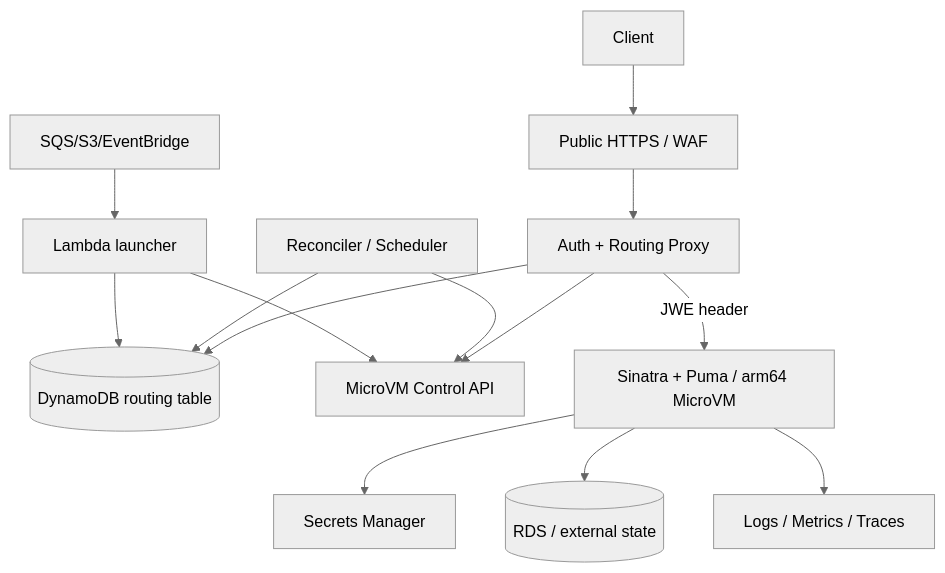
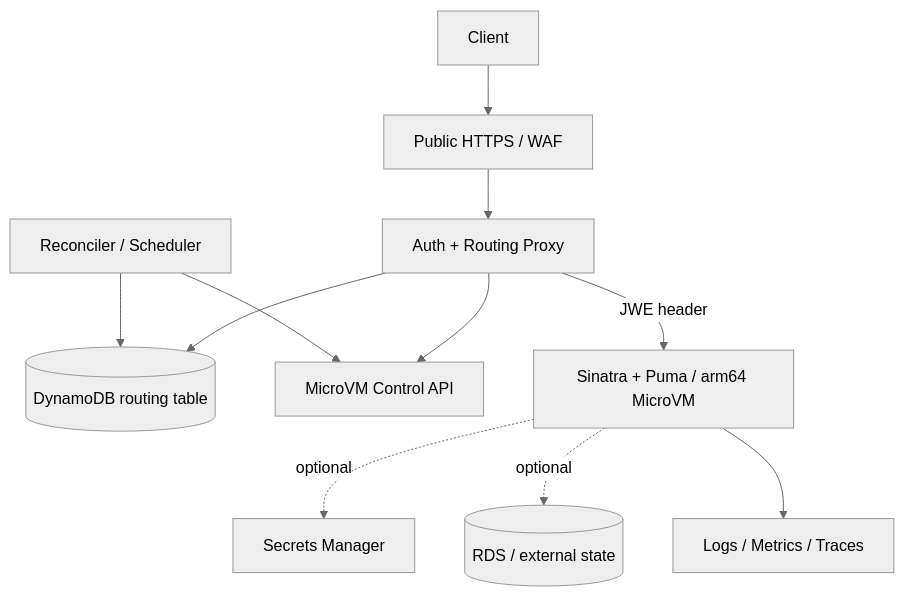
The diagram in SPEC.md (kuracchi-enj/sinatra-on-lambda-microvms), drawn with Mermaid (neutral theme) before and after one commit. The commit also changed other lines of this file and 21 other files, not shown here.

````diff
--- a/SPEC.md
+++ b/SPEC.md
@@ -53,16 +54,13 @@
 ```mermaid
 flowchart TB
     Client[Client] --> Edge[Public HTTPS / WAF]
     Edge --> Proxy[Auth + Routing Proxy]
     Proxy --> Store[(DynamoDB routing table)]
     Proxy --> CP[MicroVM Control API]
     Proxy -->|JWE header| VM[Sinatra + Puma / arm64 MicroVM]
     Recon[Reconciler / Scheduler] --> Store
     Recon --> CP
-    Events[SQS/S3/EventBridge] --> Launcher[Lambda launcher]
-    Launcher --> CP
-    Launcher --> Store
-    VM --> Secrets[Secrets Manager]
-    VM --> DB[(RDS / external state)]
+    VM -. optional .-> Secrets[Secrets Manager]
+    VM -. optional .-> DB[(RDS / external state)]
     VM --> Logs[Logs / Metrics / Traces]
 ```
````
